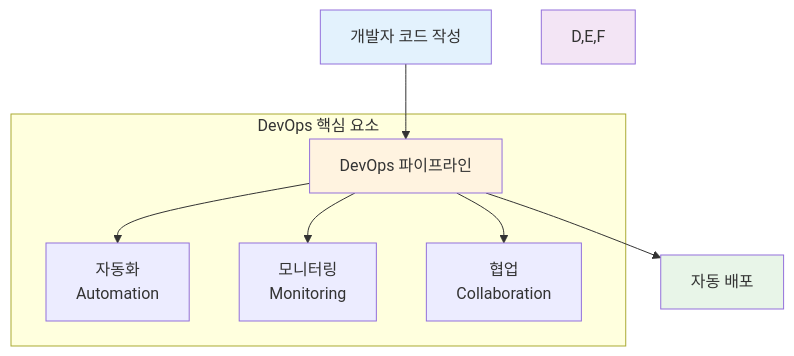
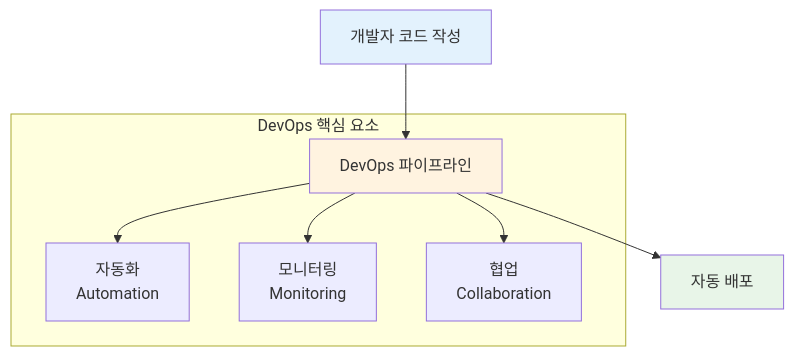
Before and after one commit to niceguy61/kdt_devops_lecture_2025: the second of 4 diagrams in theory/week_01/day1/session_2.md, drawn with Mermaid.

Commit message:
ㅅㄷㄴㅅ

````diff
--- a/theory/week_01/day1/session_2.md
+++ b/theory/week_01/day1/session_2.md
@@ -61,16 +61,15 @@
 ```mermaid
 graph TB
     A[개발자 코드 작성] --> B[DevOps 파이프라인]
     B --> C[자동 배포]
     
     subgraph "DevOps 핵심 요소"
         B --> D[자동화<br/>Automation]
         B --> E[모니터링<br/>Monitoring]
         B --> F[협업<br/>Collaboration]
     end
     
     style A fill:#e3f2fd
     style B fill:#fff3e0
     style C fill:#e8f5e8
-    style D,E,F fill:#f3e5f5
 ```
````
